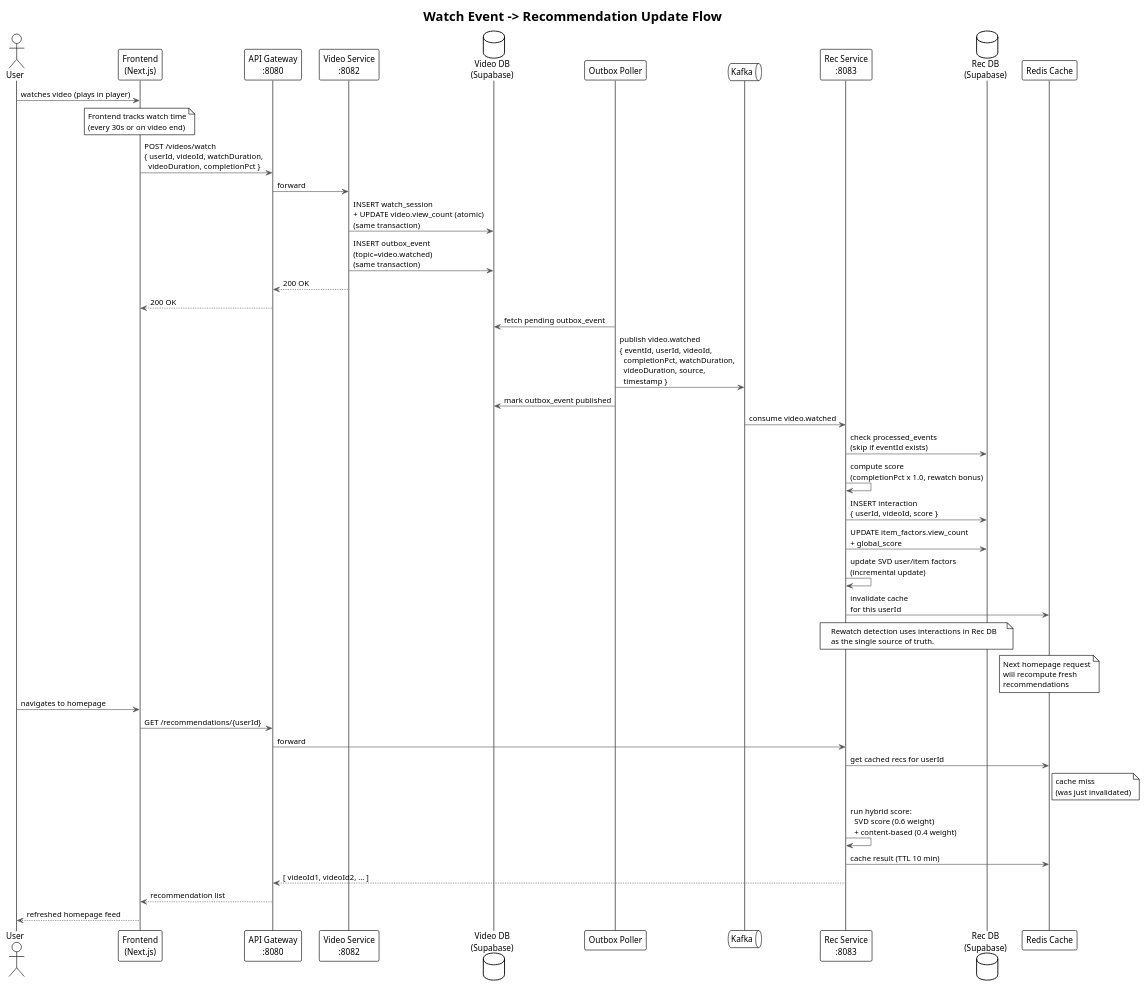
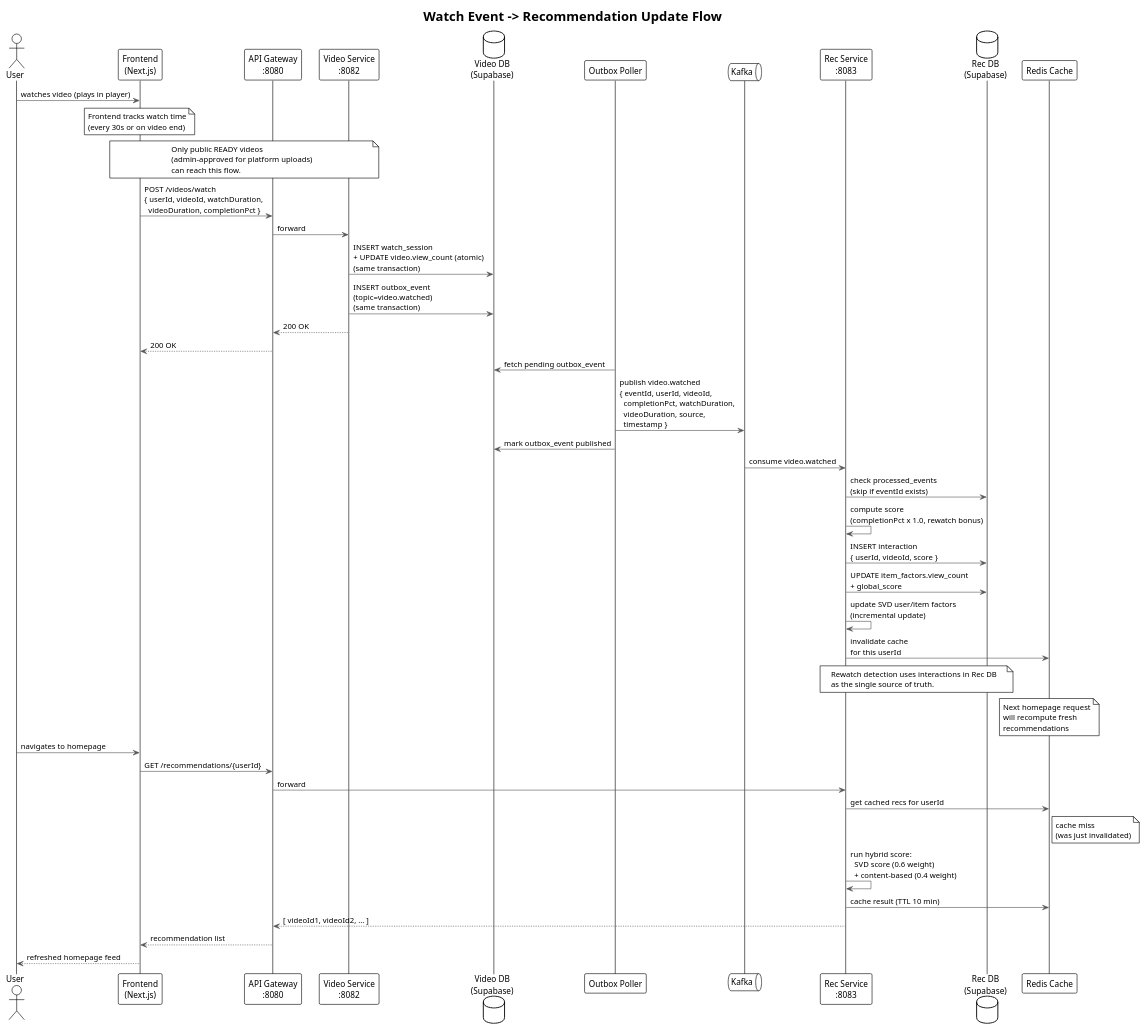
The diagram in uml/06_sequence_watch_recommendation.puml (AmnsAmr/recommendation_sys), drawn with PlantUML before and after one commit. The commit also changed 51 other files, not shown here.

Commit message:
added admin to uml diagrams and added admin endpoints to video-service and user-service

```diff
--- a/uml/06_sequence_watch_recommendation.puml
+++ b/uml/06_sequence_watch_recommendation.puml
@@ -1,63 +1,64 @@
 @startuml Watch Event & Recommendation Update -- Sequence Diagram
 !theme plain
 skinparam backgroundColor #FFFFFF
 skinparam defaultFontName Arial
 skinparam SequenceArrowColor #555555
 skinparam SequenceBoxBorderColor #888888
 
 title Watch Event -> Recommendation Update Flow
 
 actor "User" as user
 participant "Frontend\n(Next.js)" as fe
 participant "API Gateway\n:8080" as gw
 participant "Video Service\n:8082" as vs
 database "Video DB\n(Supabase)" as videoDb
 participant "Outbox Poller" as poller
 queue "Kafka" as kafka
 participant "Rec Service\n:8083" as rec
 database "Rec DB\n(Supabase)" as recDb
 participant "Redis Cache" as redis
 
 user -> fe : watches video (plays in player)
 
 note over fe : Frontend tracks watch time\n(every 30s or on video end)
+note over fe, vs : Only public READY videos\n(admin-approved for platform uploads)\ncan reach this flow.
 
 fe -> gw : POST /videos/watch\n{ userId, videoId, watchDuration,\n  videoDuration, completionPct }
 gw -> vs : forward
 vs -> videoDb : INSERT watch_session\n+ UPDATE video.view_count (atomic)\n(same transaction)
 vs -> videoDb : INSERT outbox_event\n(topic=video.watched)\n(same transaction)
 vs --> gw : 200 OK
 gw --> fe : 200 OK
 
 poller -> videoDb : fetch pending outbox_event
 poller -> kafka : publish video.watched\n{ eventId, userId, videoId,\n  completionPct, watchDuration,\n  videoDuration, source,\n  timestamp }
 poller -> videoDb : mark outbox_event published
 
 kafka -> rec : consume video.watched
 rec -> recDb : check processed_events\n(skip if eventId exists)
 rec -> rec : compute score\n(completionPct x 1.0, rewatch bonus)
 rec -> recDb : INSERT interaction\n{ userId, videoId, score }
 rec -> recDb : UPDATE item_factors.view_count\n+ global_score
 rec -> rec : update SVD user/item factors\n(incremental update)
 rec -> redis : invalidate cache\nfor this userId
 
 note over rec, recDb
   Rewatch detection uses interactions in Rec DB
   as the single source of truth.
 end note
 
 note over redis : Next homepage request\nwill recompute fresh\nrecommendations
 
 user -> fe : navigates to homepage
 
 fe -> gw : GET /recommendations/{userId}
 gw -> rec : forward
 rec -> redis : get cached recs for userId
 note right of redis : cache miss\n(was just invalidated)
 rec -> rec : run hybrid score:\n  SVD score (0.6 weight)\n  + content-based (0.4 weight)
 rec -> redis : cache result (TTL 10 min)
 rec --> gw : [ videoId1, videoId2, ... ]
 gw --> fe : recommendation list
 fe --> user : refreshed homepage feed
 
 @enduml
```
